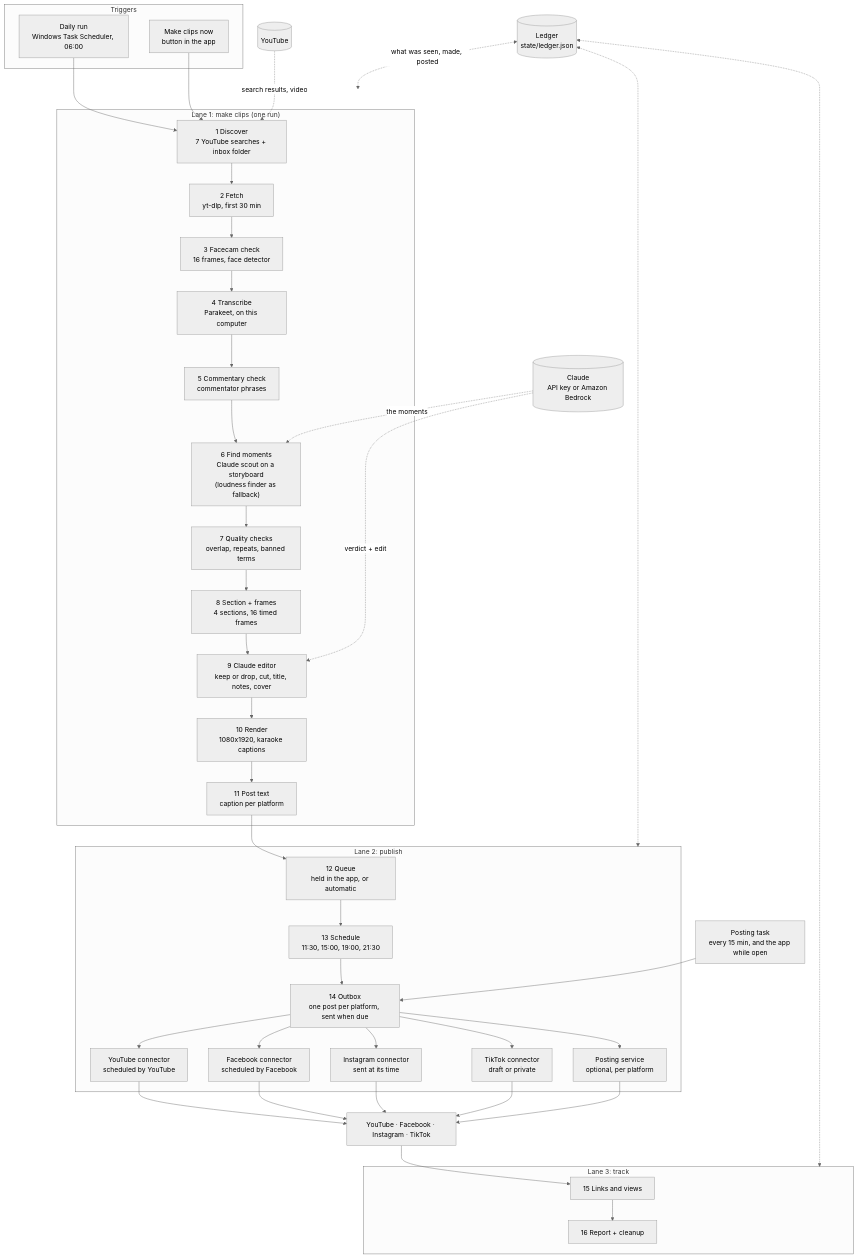
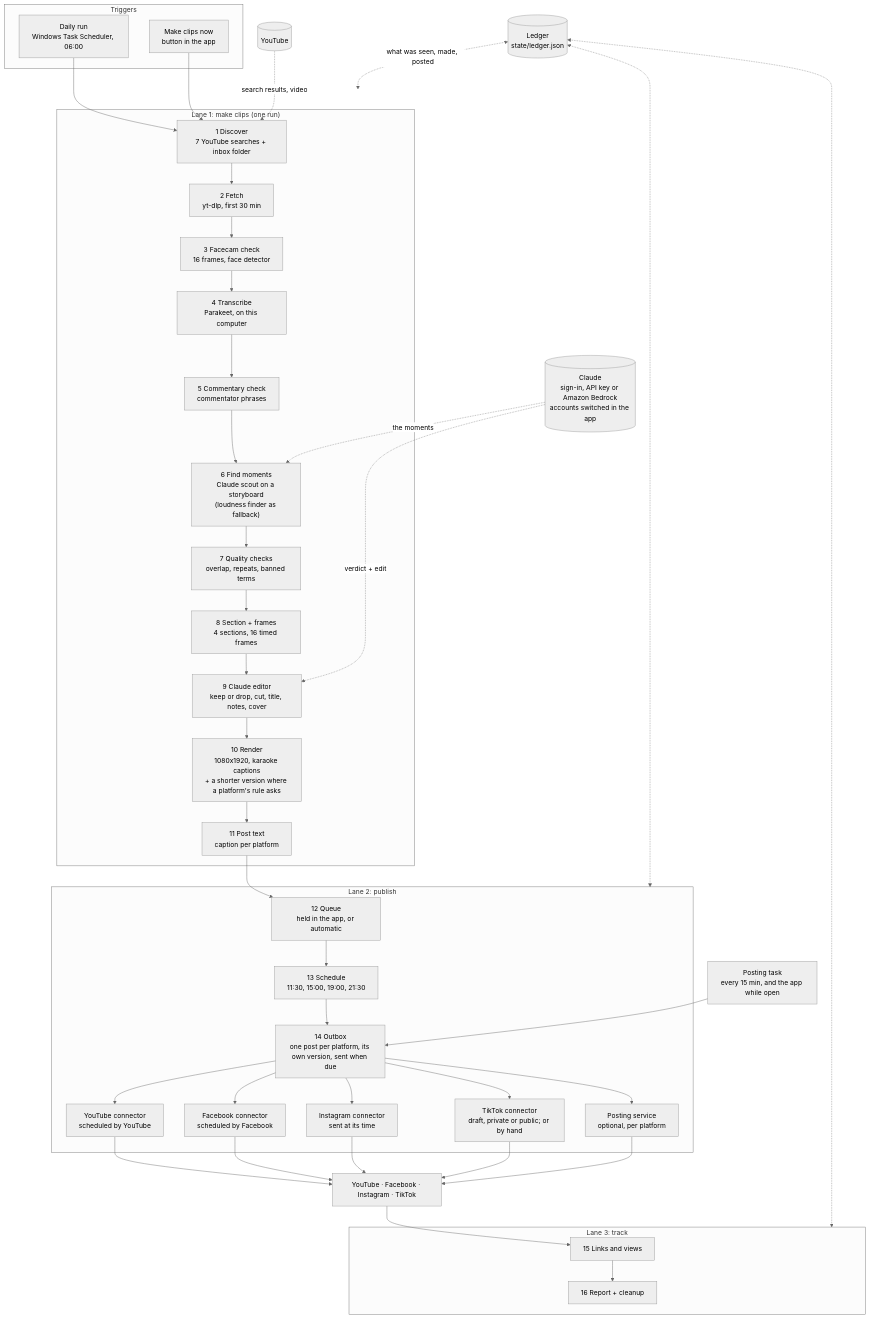
The diagram in clipper/ARCHITECTURE.md (carlosmateo04/personalpage), drawn with Mermaid (neutral theme) before and after one commit. The commit also changed other lines of this file and 29 other files, not shown here.

````diff
--- a/clipper/ARCHITECTURE.md
+++ b/clipper/ARCHITECTURE.md
@@ -10,55 +10,55 @@
 ```mermaid
 flowchart TD
     subgraph T["Triggers"]
         t1["Daily run<br/>Windows Task Scheduler, 06:00"]
         t2["Make clips now<br/>button in the app"]
     end
 
     subgraph A["Lane 1: make clips (one run)"]
         n1["1 Discover<br/>7 YouTube searches + inbox folder"]
         n2["2 Fetch<br/>yt-dlp, first 30 min"]
         n3["3 Facecam check<br/>16 frames, face detector"]
         n4["4 Transcribe<br/>Parakeet, on this computer"]
         n5["5 Commentary check<br/>commentator phrases"]
         n6["6 Find moments<br/>Claude scout on a storyboard<br/>(loudness finder as fallback)"]
         n7["7 Quality checks<br/>overlap, repeats, banned terms"]
         n8["8 Section + frames<br/>4 sections, 16 timed frames"]
         n9["9 Claude editor<br/>keep or drop, cut, title, notes, cover"]
-        n10["10 Render<br/>1080x1920, karaoke captions"]
+        n10["10 Render<br/>1080x1920, karaoke captions<br/>+ a shorter version where a platform's rule asks"]
         n11["11 Post text<br/>caption per platform"]
         n1 --> n2 --> n3 --> n4 --> n5 --> n6 --> n7 --> n8 --> n9 --> n10 --> n11
     end
 
     subgraph B["Lane 2: publish"]
         p1["12 Queue<br/>held in the app, or automatic"]
         p2["13 Schedule<br/>11:30, 15:00, 19:00, 21:30"]
-        p3["14 Outbox<br/>one post per platform, sent when due"]
+        p3["14 Outbox<br/>one post per platform, its own version, sent when due"]
         k1["YouTube connector<br/>scheduled by YouTube"]
         k2["Facebook connector<br/>scheduled by Facebook"]
         k3["Instagram connector<br/>sent at its time"]
-        k4["TikTok connector<br/>draft or private"]
+        k4["TikTok connector<br/>draft, private or public; or by hand"]
         k5["Posting service<br/>optional, per platform"]
         p1 --> p2 --> p3
         p3 --> k1 & k2 & k3 & k4 & k5
     end
 
     subgraph C["Lane 3: track"]
         c1["15 Links and views"]
         c2["16 Report + cleanup"]
         c1 --> c2
     end
 
     t1 --> n1
     t2 --> n1
     n11 --> p1
     k1 & k2 & k3 & k4 & k5 --> out["YouTube · Facebook · Instagram · TikTok"]
     out --> c1
     t3["Posting task<br/>every 15 min, and the app while open"] --> p3
 
     yt[("YouTube")] -. "search results, video" .-> n1
-    claude[("Claude<br/>API key or Amazon Bedrock")] -. "the moments" .-> n6
+    claude[("Claude<br/>sign-in, API key or Amazon Bedrock<br/>accounts switched in the app")] -. "the moments" .-> n6
     claude -. "verdict + edit" .-> n9
     ledger[("Ledger<br/>state/ledger.json")] <-. "what was seen, made, posted" .-> A
     ledger <-.-> B
     ledger <-.-> C
 ```
````
